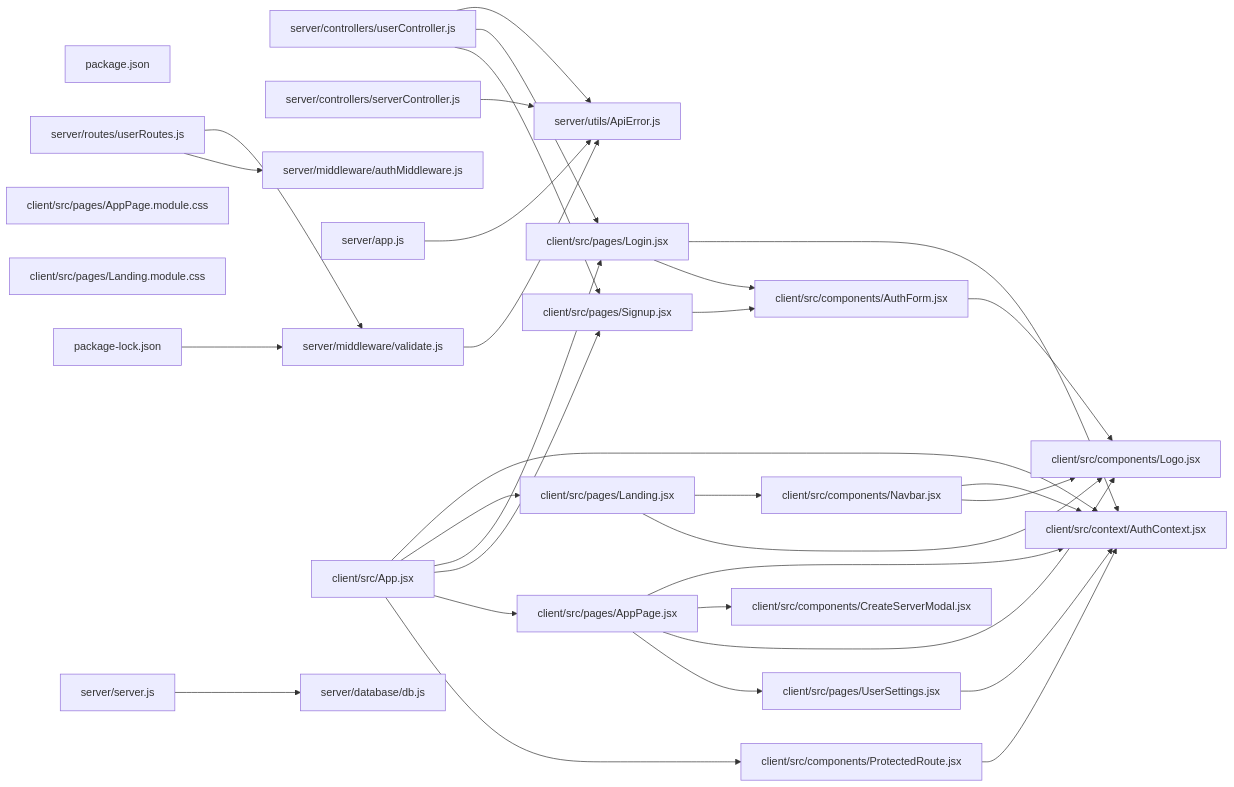
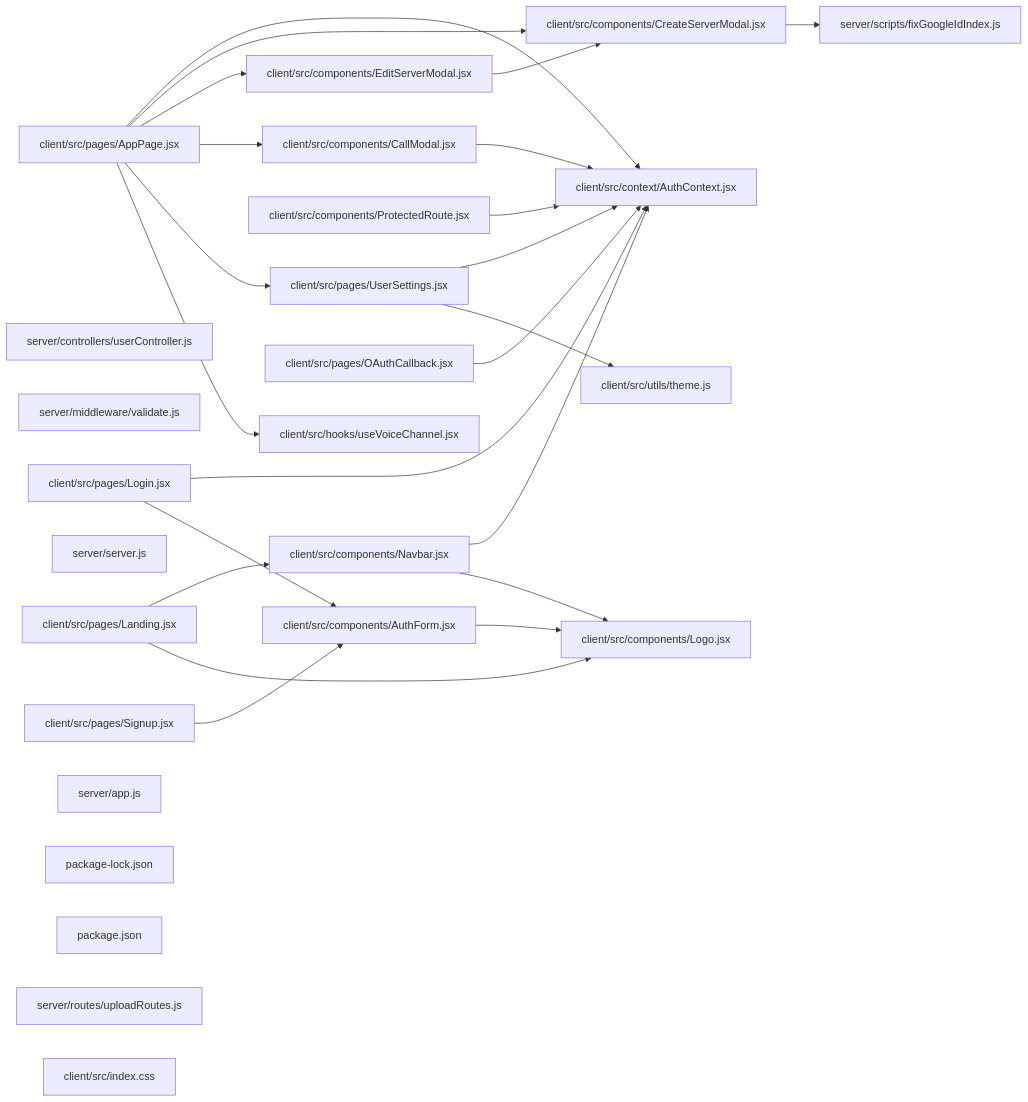
The diagram in CONTEXT.md (MasterXCoder/LinkSphere), drawn with Mermaid before and after one commit. The commit also changed other lines of this file and 7 other files, not shown here.

````diff
--- a/CONTEXT.md
+++ b/CONTEXT.md
@@ -220,58 +299,49 @@
 ```mermaid
 graph LR
-    f0["client/src/context/AuthContext.jsx"]
-    f1["client/src/pages/AppPage.jsx"]
-    f2["client/src/pages/UserSettings.jsx"]
+    f0["client/src/pages/AppPage.jsx"]
+    f1["client/src/pages/UserSettings.jsx"]
+    f2["client/src/context/AuthContext.jsx"]
     f3["server/controllers/userController.js"]
-    f4["client/src/components/CreateServerModal.jsx"]
-    f5["client/src/pages/Signup.jsx"]
-    f6["package.json"]
-    f7["package-lock.json"]
-    f8["client/src/pages/Login.jsx"]
+    f4["client/src/components/CallModal.jsx"]
+    f5["client/src/components/CreateServerModal.jsx"]
+    f6["server/scripts/fixGoogleIdIndex.js"]
+    f7["client/src/components/AuthForm.jsx"]
+    f8["server/middleware/validate.js"]
     f9["client/src/pages/Landing.jsx"]
-    f10["client/src/components/AuthForm.jsx"]
-    f11["server/utils/ApiError.js"]
-    f12["client/src/pages/AppPage.module.css"]
-    f13["server/controllers/serverController.js"]
-    f14["server/middleware/validate.js"]
-    f15["client/src/components/Navbar.jsx"]
-    f16["server/app.js"]
-    f17["server/middleware/authMiddleware.js"]
-    f18["client/src/components/Logo.jsx"]
-    f19["client/src/App.jsx"]
-    f20["client/src/pages/Landing.module.css"]
-    f21["server/server.js"]
-    f22["server/routes/userRoutes.js"]
-    f23["server/database/db.js"]
-    f24["client/src/components/ProtectedRoute.jsx"]
+    f10["server/server.js"]
+    f11["client/src/pages/Signup.jsx"]
+    f12["client/src/components/Navbar.jsx"]
+    f13["client/src/components/Logo.jsx"]
+    f14["client/src/pages/Login.jsx"]
+    f15["server/app.js"]
+    f16["package-lock.json"]
+    f17["package.json"]
+    f18["client/src/utils/theme.js"]
+    f19["client/src/components/ProtectedRoute.jsx"]
+    f20["client/src/components/EditServerModal.jsx"]
+    f21["server/routes/uploadRoutes.js"]
+    f22["client/src/pages/OAuthCallback.jsx"]
+    f23["client/src/index.css"]
+    f24["client/src/hooks/useVoiceChannel.jsx"]
+    f0 --> f24
+    f0 --> f1
+    f0 --> f4
+    f0 --> f20
+    f0 --> f5
+    f0 --> f2
+    f1 --> f18
     f1 --> f2
-    f1 --> f18
-    f1 --> f4
-    f1 --> f0
-    f2 --> f0
-    f3 --> f5
-    f3 --> f8
-    f3 --> f11
-    f5 --> f10
-    f7 --> f14
-    f8 --> f10
-    f8 --> f0
-    f9 --> f18
-    f9 --> f15
-    f10 --> f18
-    f13 --> f11
-    f14 --> f11
-    f15 --> f18
-    f15 --> f0
-    f16 --> f11
-    f19 --> f24
-    f19 --> f1
-    f19 --> f5
-    f19 --> f8
-    f19 --> f9
-    f19 --> f0
-    f21 --> f23
-    f22 --> f17
-    f22 --> f14
-    f24 --> f0
+    f4 --> f2
+    f5 --> f6
+    f7 --> f13
+    f9 --> f13
+    f9 --> f12
+    f11 --> f7
+    f12 --> f13
+    f12 --> f2
+    f14 --> f7
+    f14 --> f2
+    f19 --> f2
+    f20 --> f5
+    f22 --> f2
 ```
````
